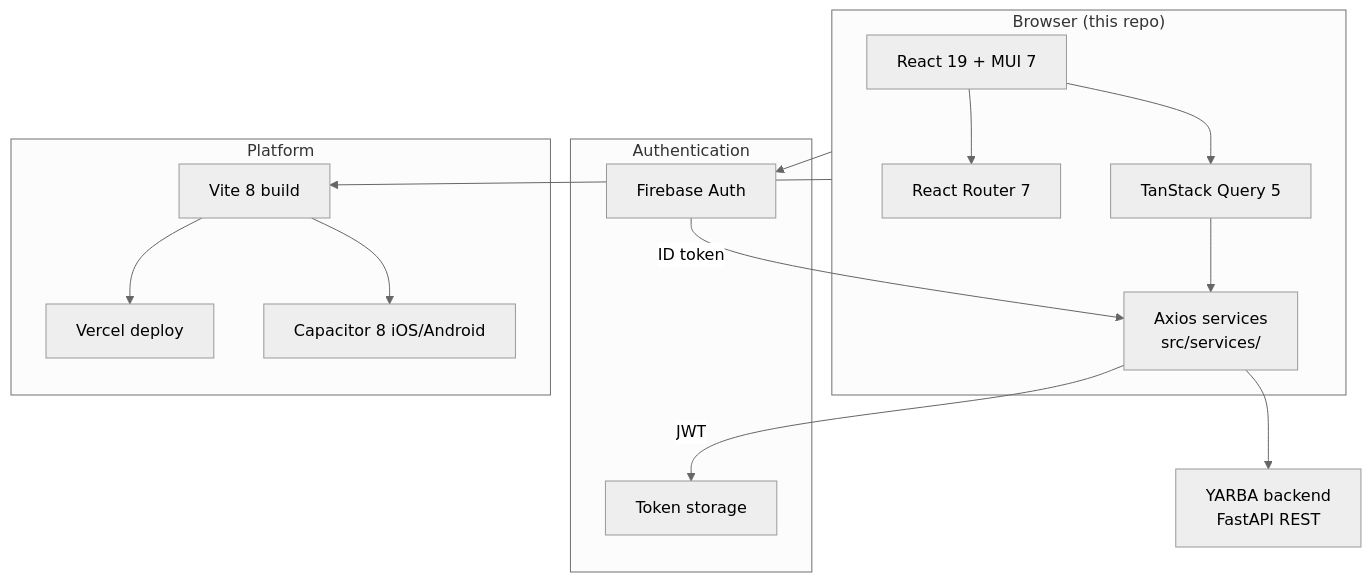
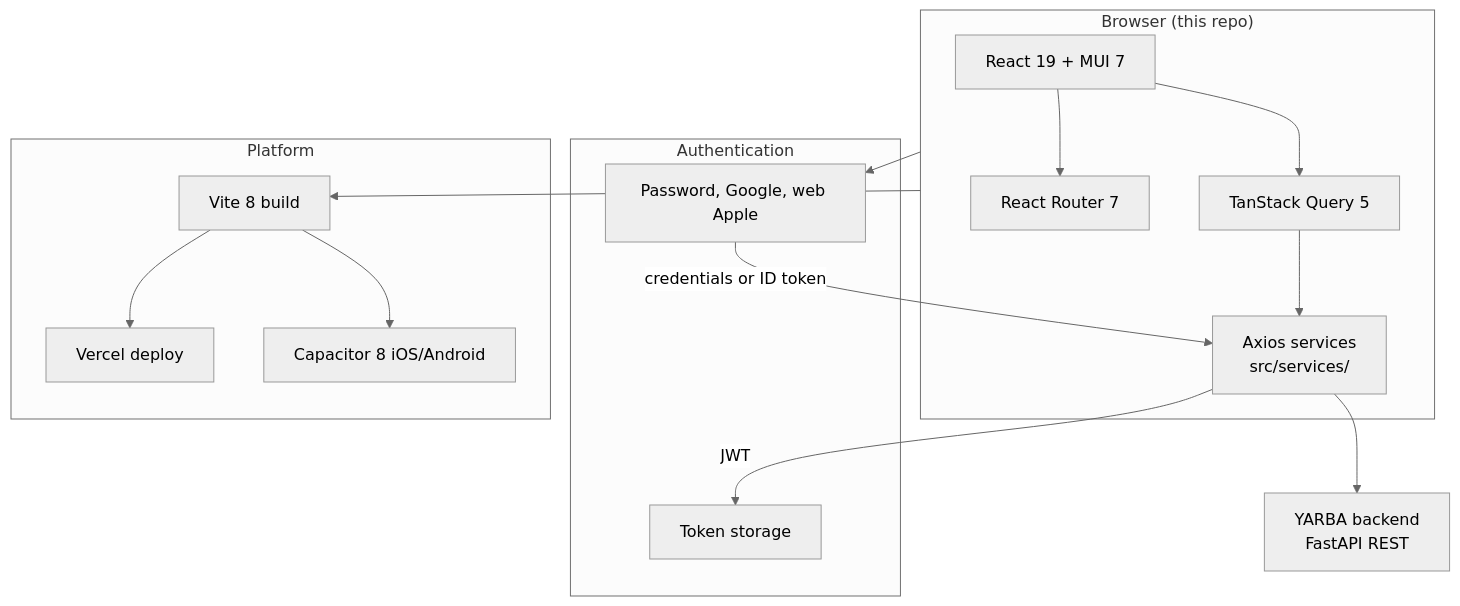
Before and after one commit to mujakayadan/yarba-frontend: the first of 4 diagrams in README.md, drawn with Mermaid (neutral theme). The commit also changed other lines of this file and 49 other files, not shown here.

First line of the commit message:
feat(auth)!: remove Firebase and use Capgo Google on Capacitor

````diff
--- a/README.md
+++ b/README.md
@@ -89,30 +89,30 @@
 ```mermaid
 flowchart TB
   subgraph client["Browser (this repo)"]
     UI["React 19 + MUI 7"]
     Router["React Router 7"]
     Query["TanStack Query 5"]
     Services["Axios services<br/>src/services/"]
     UI --> Router
     UI --> Query
     Query --> Services
   end
 
   subgraph auth["Authentication"]
-    Firebase["Firebase Auth"]
-    Firebase -->|"ID token"| Services
+    Providers["Password, Google, web Apple"]
+    Providers -->|"credentials or ID token"| Services
     Services -->|"JWT"| Local["Token storage"]
   end
 
   subgraph platform["Platform"]
     Vite["Vite 8 build"]
     Vercel["Vercel deploy"]
     Capacitor["Capacitor 8 iOS/Android"]
     Vite --> Vercel
     Vite --> Capacitor
   end
 
   Services --> API["YARBA backend<br/>FastAPI REST"]
-  client --> Firebase
+  client --> Providers
   client --> Vite
 ```
````
